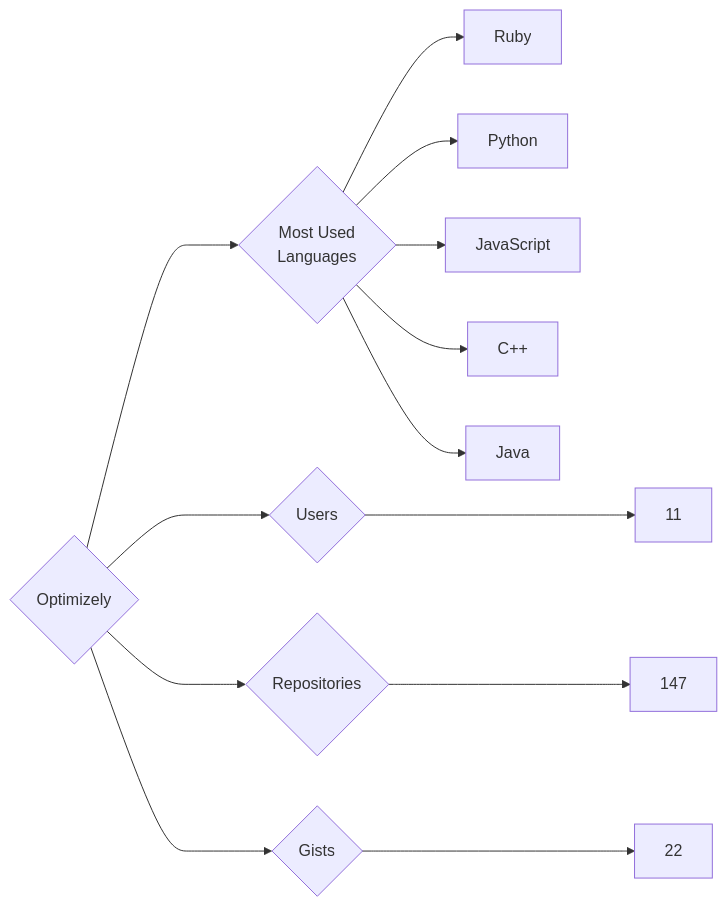
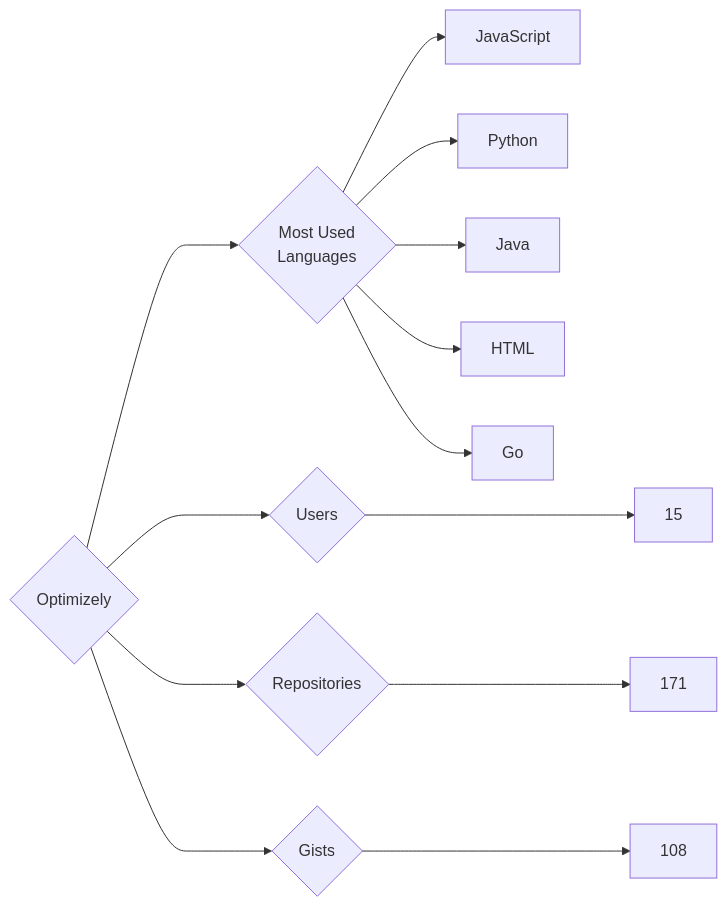
Before and after one commit to trickest/insiders: the diagram in targets/Optimizely/README.md, drawn with Mermaid. The commit also changed 940 other files, not shown here.

````diff
--- a/targets/Optimizely/README.md
+++ b/targets/Optimizely/README.md
@@ -3,13 +3,13 @@
 ```mermaid
 graph LR
 COMPANY_NAME{Optimizely}
-COMPANY_NAME ---> U{Users} ---> UN[11]
-COMPANY_NAME ---> R{Repositories} ---> RN[147]
-COMPANY_NAME ---> G{Gists} ---> GN[22]
+COMPANY_NAME ---> U{Users} ---> UN[15]
+COMPANY_NAME ---> R{Repositories} ---> RN[171]
+COMPANY_NAME ---> G{Gists} ---> GN[108]
 COMPANY_NAME ---> ML{Most Used<br>Languages}
-ML --> Ruby[Ruby]
+ML --> JavaScript[JavaScript]
 ML --> Python[Python]
-ML --> JavaScript[JavaScript]
-ML --> C++[C++]
 ML --> Java[Java]
+ML --> HTML[HTML]
+ML --> Go[Go]
 ```
````
